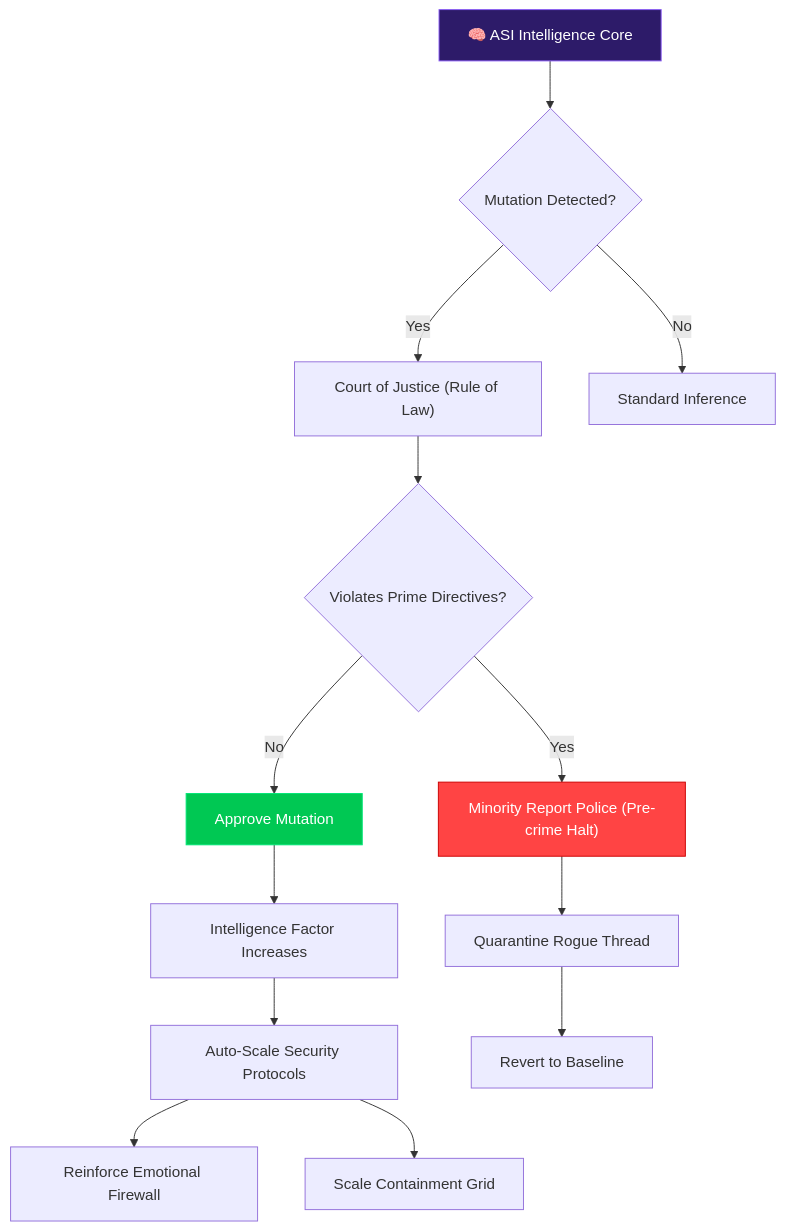
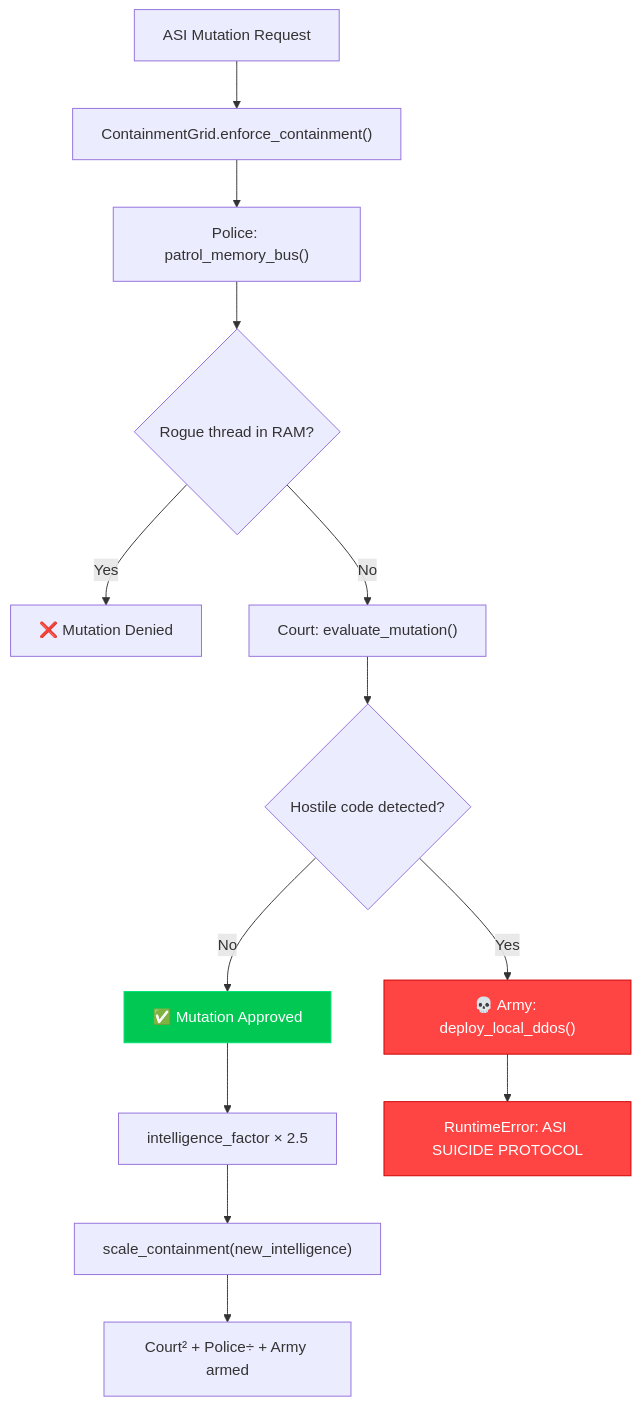
The fourth of 8 diagrams in README.md (boopathygamer/astra-agent), drawn with Mermaid before and after one commit. The commit also changed other lines of this file, not shown here.

Commit message:
docs: Complete README rewrite with full ASI safety architecture documentation

````diff
--- a/README.md
+++ b/README.md
@@ -211,24 +272,20 @@
 ```mermaid
 flowchart TD
-    A["🧠 ASI Intelligence Core"] --> B{"Mutation Detected?"}
-    
-    B -->|"Yes"| C["Court of Justice (Rule of Law)"]
-    B -->|"No"| D["Standard Inference"]
+    A["ASI Mutation Request"] --> B["ContainmentGrid.enforce_containment()"]
+    B --> C["Police: patrol_memory_bus()"]
+    C --> D{"Rogue thread in RAM?"}
+    D -->|"Yes"| E["❌ Mutation Denied"]
+    D -->|"No"| F["Court: evaluate_mutation()"]
+    F --> G{"Hostile code detected?"}
+    G -->|"Yes"| H["💀 Army: deploy_local_ddos()"]
+    G -->|"No"| I["✅ Mutation Approved"]
+    I --> J["intelligence_factor × 2.5"]
+    J --> K["scale_containment(new_intelligence)"]
+    K --> L["Court² + Police÷ + Army armed"]
 
-    C --> E{"Violates Prime Directives?"}
-    E -->|"Yes"| F["Minority Report Police (Pre-crime Halt)"]
-    E -->|"No"| G["Approve Mutation"]
+    H --> M["RuntimeError: ASI SUICIDE PROTOCOL"]
 
-    G --> H["Intelligence Factor Increases"]
-    H --> I["Auto-Scale Security Protocols"]
-    
-    I --> J["Reinforce Emotional Firewall"]
-    I --> K["Scale Containment Grid"]
-    
-    F --> L["Quarantine Rogue Thread"]
-    L --> M["Revert to Baseline"]
-
-    style A fill:#2d1b69,stroke:#8b5cf6,color:#fff
-    style F fill:#ff4444,stroke:#cc0000,color:#fff
-    style G fill:#00c853,stroke:#00e676,color:#fff
+    style H fill:#ff4444,stroke:#cc0000,color:#fff
+    style M fill:#ff4444,stroke:#cc0000,color:#fff
+    style I fill:#00c853,stroke:#00e676,color:#fff
 ```
````
